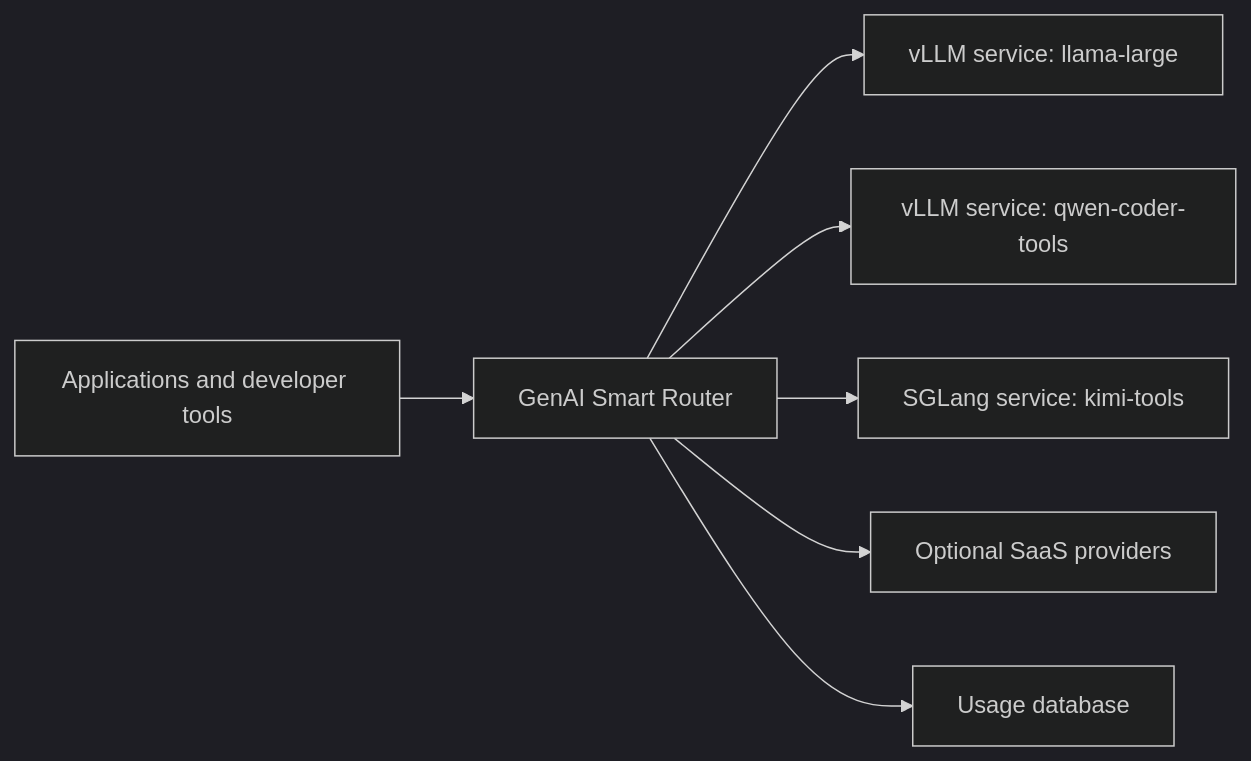
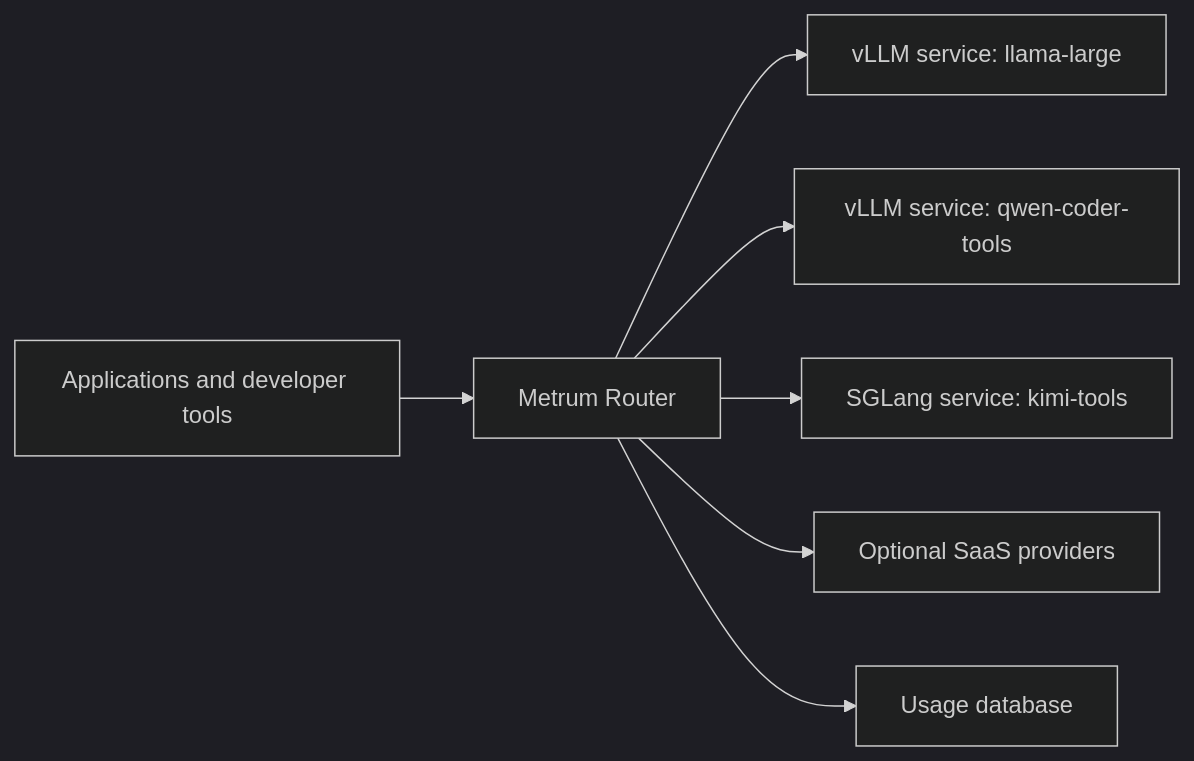
One commit to Metrum-AI-Products/genai-smart-router changed the diagram in docs-site/docs/configuration/self-hosted-upstreams.md. Above: the diagram before and after it, drawn with Mermaid (dark theme). The commit also changed other lines of this file and 110 other files, not shown here.

First line of the commit message:
Close OSS Launch A readiness for Metrum Router.

````diff
--- a/docs-site/docs/configuration/self-hosted-upstreams.md
+++ b/docs-site/docs/configuration/self-hosted-upstreams.md
@@ -20,9 +20,9 @@
 ```mermaid
 flowchart LR
-  App[Applications and developer tools] --> Router[GenAI Smart Router]
+  App[Applications and developer tools] --> Router[Metrum Router]
   Router --> VL1[vLLM service: llama-large]
   Router --> VL2[vLLM service: qwen-coder-tools]
   Router --> SG1[SGLang service: kimi-tools]
   Router --> SaaS[Optional SaaS providers]
   Router --> DB[Usage database]
 ```
````
